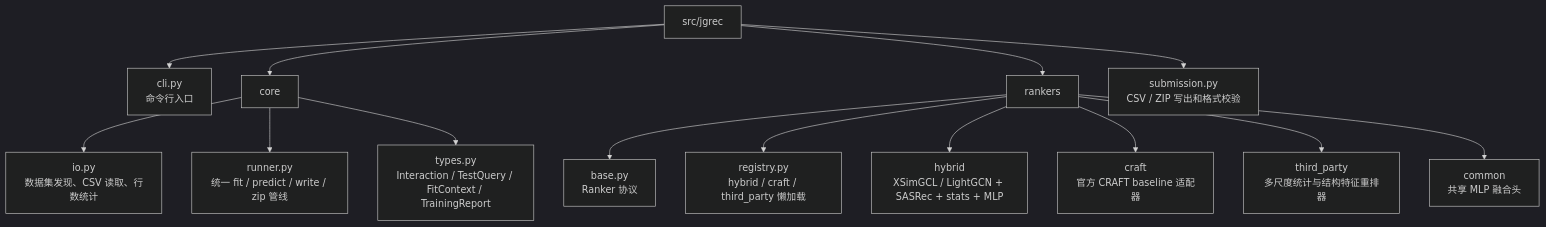
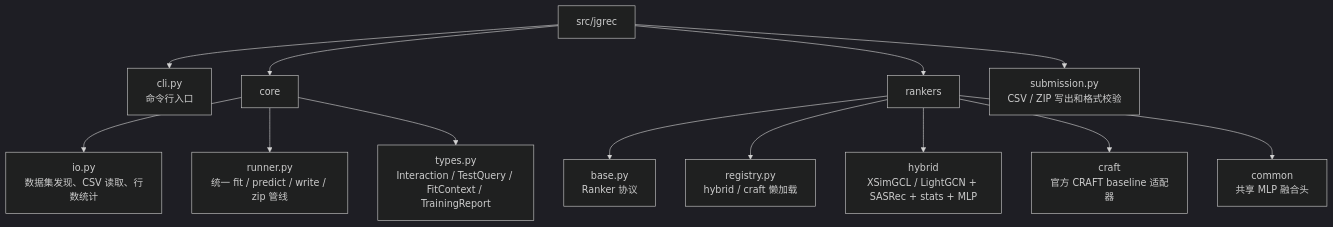
The first of 2 diagrams in docs/system/architecture.md (Puiching-Memory/jittor-GPNUT1-JGRec), drawn with Mermaid (dark theme) before and after one commit. The commit also changed other lines of this file and 10 other files, not shown here.

First line of the commit message:
移除废弃的 third_party 统计/结构特征重排器后端

````diff
--- a/docs/system/architecture.md
+++ b/docs/system/architecture.md
@@ -5,16 +5,15 @@
 ```mermaid
 flowchart TB
     A["src/jgrec"] --> B["cli.py<br/>命令行入口"]
     A --> C["core"]
     C --> C1["io.py<br/>数据集发现、CSV 读取、行数统计"]
     C --> C2["runner.py<br/>统一 fit / predict / write / zip 管线"]
     C --> C3["types.py<br/>Interaction / TestQuery / FitContext / TrainingReport"]
     A --> D["rankers"]
     D --> D1["base.py<br/>Ranker 协议"]
-    D --> D2["registry.py<br/>hybrid / craft / third_party 懒加载"]
+    D --> D2["registry.py<br/>hybrid / craft 懒加载"]
     D --> D3["hybrid<br/>XSimGCL / LightGCN + SASRec + stats + MLP"]
     D --> D4["craft<br/>官方 CRAFT baseline 适配器"]
-    D --> D5["third_party<br/>多尺度统计与结构特征重排器"]
     D --> D6["common<br/>共享 MLP 融合头"]
     A --> E["submission.py<br/>CSV / ZIP 写出和格式校验"]
 ```
````
